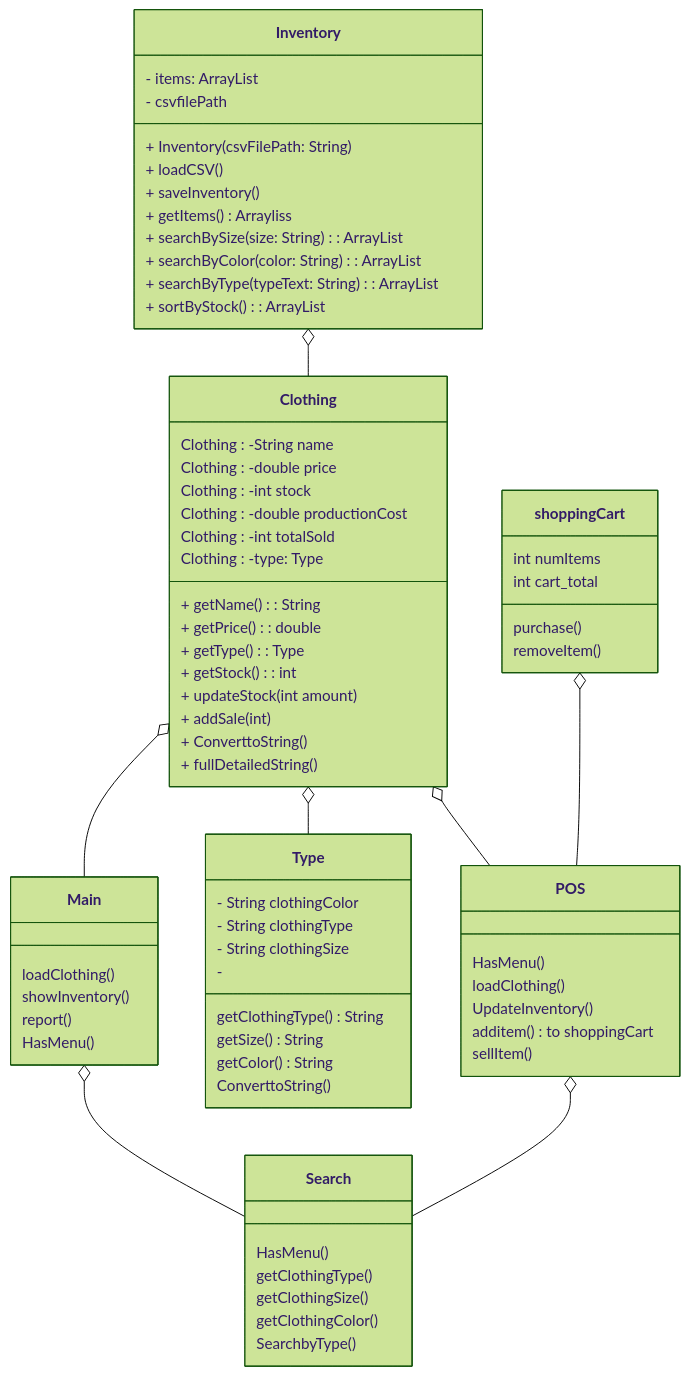
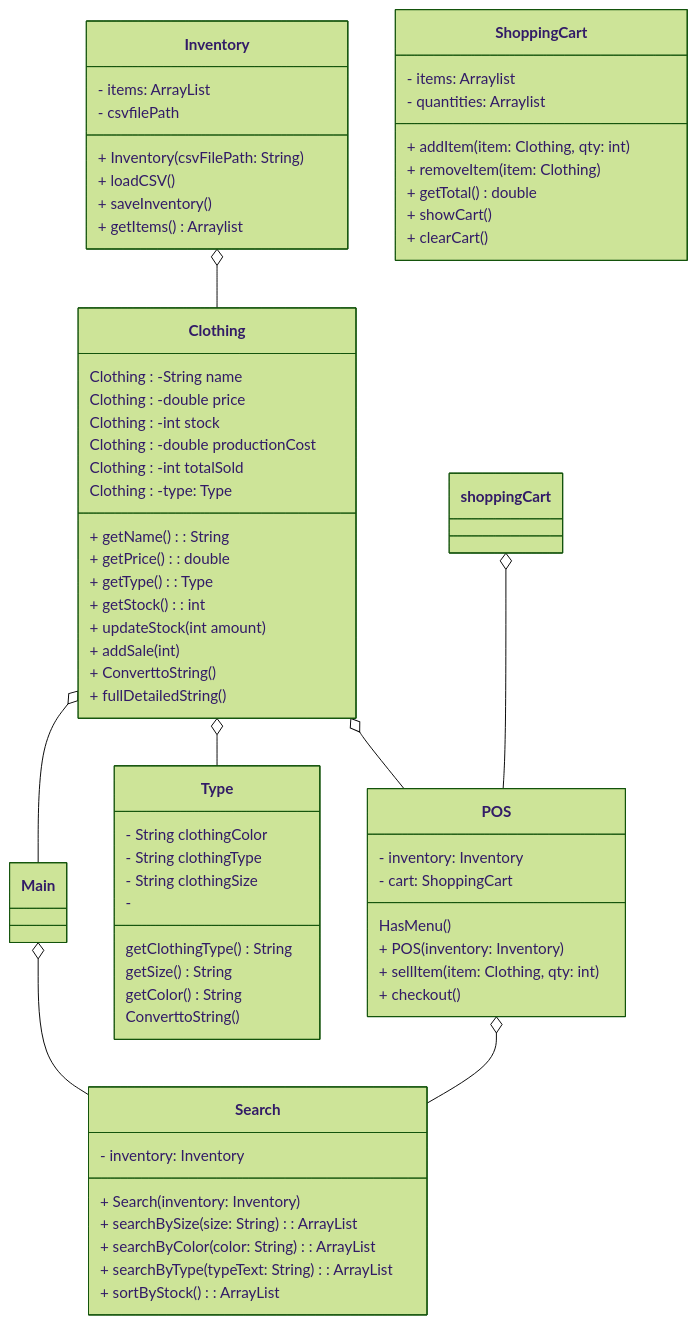
Before and after one commit to EthanRGraham/Final_Project_CS121: the diagram in README.md, drawn with Mermaid (forest theme).

Commit message:
edited UML

````diff
--- a/README.md
+++ b/README.md
@@ -38,83 +38,83 @@
 ```mermaid
 classDiagram
     Main o-- Search
     class Main{
-        loadClothing()
-        showInventory()
-        report()
-        HasMenu()
     }
     Clothing o-- Main
     Clothing o-- Type
     class Clothing{
         Clothing : -String name
         Clothing : -double price
         Clothing : -int stock
         Clothing : -double productionCost
         Clothing : -int totalSold 
         Clothing : -type: Type
     
         + getName(): String
         + getPrice(): double
         + getType(): Type
         + getStock(): int
         + updateStock(int amount)
         + addSale(int)
         + ConverttoString()
         + fullDetailedString()
     }
     class Type{
         - String clothingColor
         - String clothingType
         - String clothingSize
         - 
         getClothingType() String
         getSize() String
         getColor() String
         ConverttoString()
     }
     Inventory  o-- Clothing
     class Inventory{
         - items: ArrayList<Clothing>  
         - csvfilePath
 
         + Inventory(csvFilePath: String)
         + loadCSV()
         + saveInventory()
-        + getItems() Arrayliss<Clothing>
+        + getItems() Arraylist<Clothing>
+    }
+    class Search{
+      - inventory: Inventory 
+    
+        + Search(inventory: Inventory )       
         + searchBySize(size: String): ArrayList<Clothing>
         + searchByColor(color: String): ArrayList<Clothing>
         + searchByType(typeText: String): ArrayList<Clothing>
         + sortByStock(): ArrayList<Clothing>
-    }
-    class Search{
-        HasMenu()
-        getClothingType()
-        getClothingSize()
-        getClothingColor()
-        SearchbyType()
+
 
     }
     POS o-- Search
     Clothing o-- POS
     class POS {
+        - inventory: Inventory
+        - cart: ShoppingCart
+
         HasMenu()
-        loadClothing()
-        UpdateInventory()
-        additem() to shoppingCart
-        sellItem()
-
+        + POS(inventory: Inventory)
+        + sellItem(item: Clothing, qty: int)
+        + checkout()        
     }
 shoppingCart o-- POS
-class shoppingCart{
-    int numItems
-    int cart_total
-    purchase()
-    removeItem()
+class ShoppingCart{
+    - items: Arraylist<Clothing>
+    - quantities: Arraylist<Integer>
 
+    + addItem(item: Clothing, qty: int)
+    + removeItem(item: Clothing)
+    + getTotal() double
+    + showCart()
+    + clearCart()
+    
 }
 
 
 
 
 ```
````
